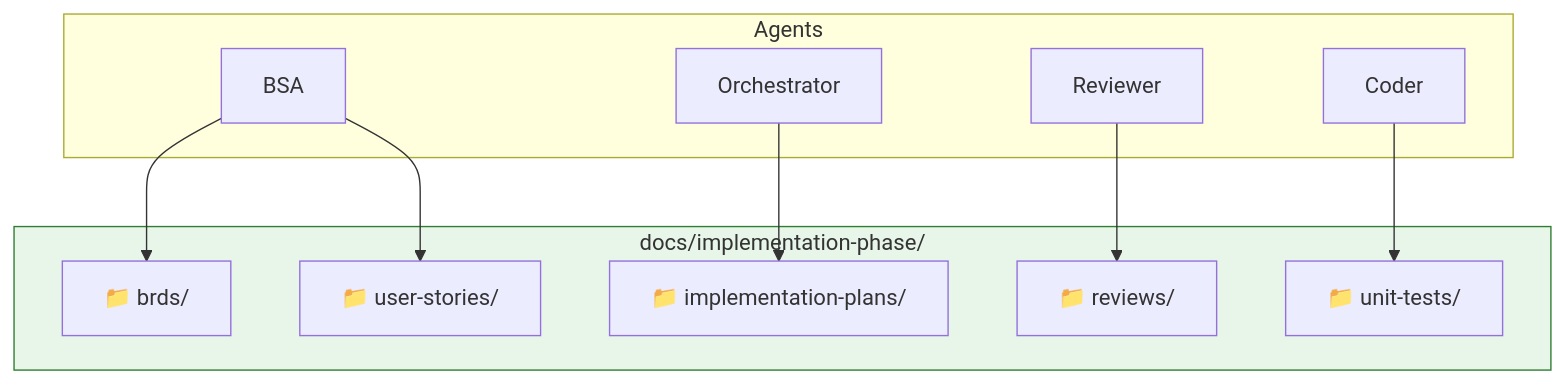
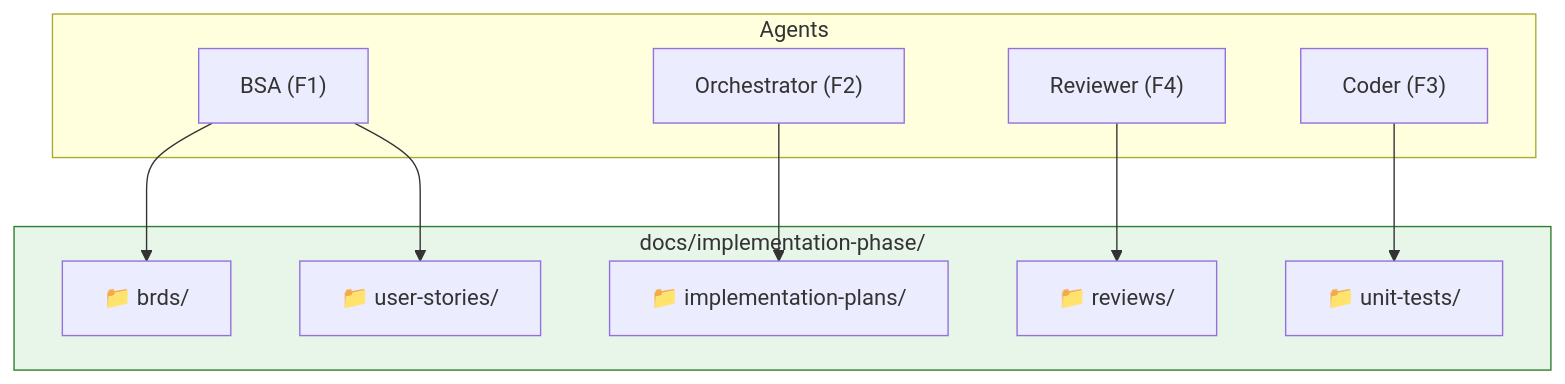
One commit to hgmancholam/novum changed the sixth of 7 diagrams in .github/workflow.md. Above: the diagram before and after it, drawn with Mermaid. The commit also changed other lines of this file and 5 other files, not shown here.

````diff
--- a/.github/workflow.md
+++ b/.github/workflow.md
@@ -284,20 +328,20 @@
 ```mermaid
 flowchart TD
     subgraph DOCS["docs/implementation-phase/"]
         BRD["📁 brds/"]
         US["📁 user-stories/"]
         IP["📁 implementation-plans/"]
         REV["📁 reviews/"]
         UT["📁 unit-tests/"]
     end
 
     subgraph AGENTS["Agents"]
-        B["BSA"] --> BRD
+        B["BSA (F1)"] --> BRD
         B --> US
-        O["Orchestrator"] --> IP
-        R["Reviewer"] --> REV
-        C["Coder"] --> UT
+        O["Orchestrator (F2)"] --> IP
+        R["Reviewer (F4)"] --> REV
+        C["Coder (F3)"] --> UT
     end
 
     style DOCS fill:#e8f5e9,stroke:#2e7d32
 ```
````
